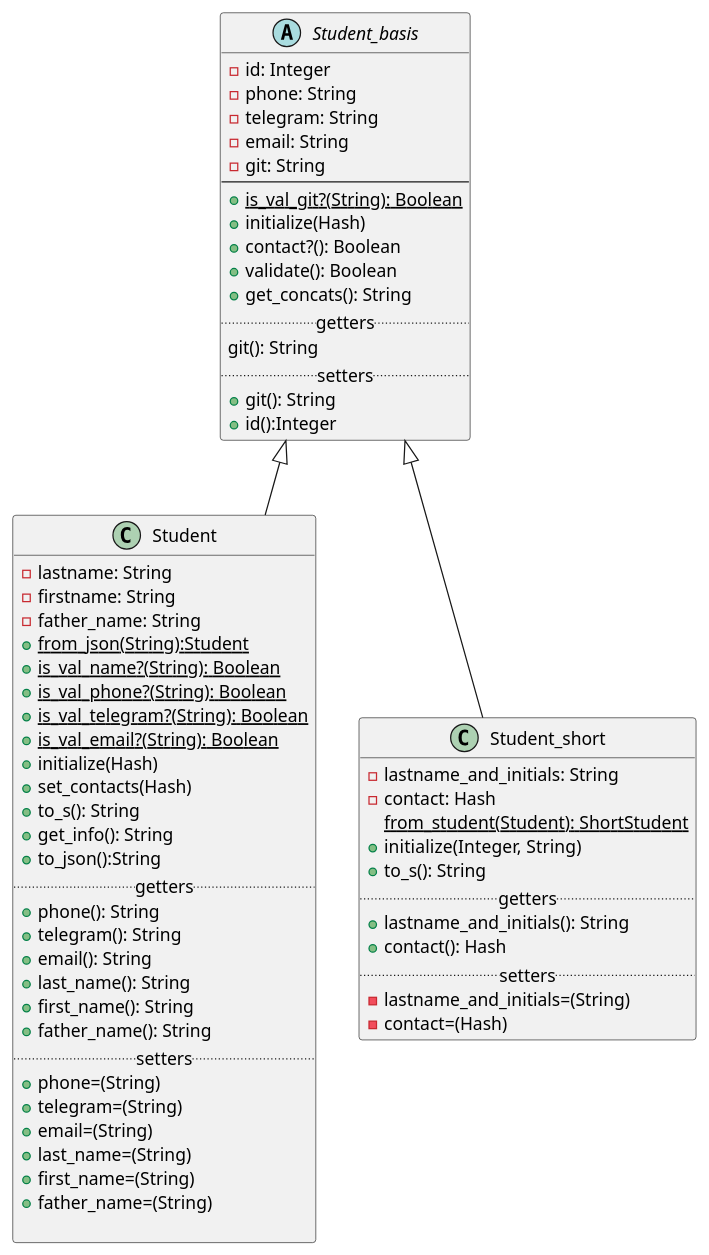
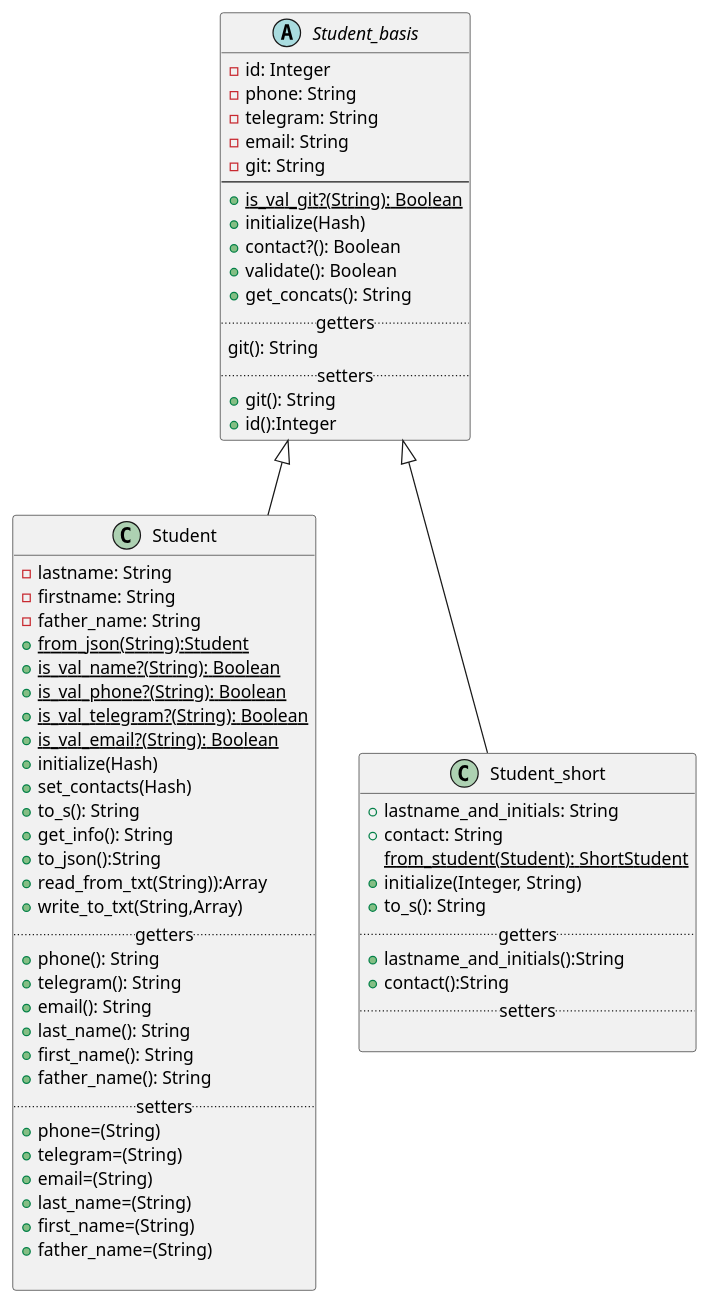
Before and after one commit to ColdEiler/pattern: the diagram in lab2/student_diagrams.puml, drawn with PlantUML. The commit also changed 1 other file, not shown here.

Commit message:
Изменил Диаграмму

```diff
--- a/lab2/student_diagrams.puml
+++ b/lab2/student_diagrams.puml
@@ -1,67 +1,68 @@
 @startuml
 'https://plantuml.com/class-diagram'
 
 abstract class Student_basis{
      -id: Integer
      -phone: String
      -telegram: String
      -email: String
      -git: String
 --
      +{static}is_val_git?(String): Boolean
      +initialize(Hash)
      +contact?(): Boolean
      +validate(): Boolean
      +get_concats(): String
      .. getters..
      git(): String
      .. setters ..
      +git(): String
      +id():Integer
 }
 
 class Student extends Student_basis{
      -lastname: String
      -firstname: String
      -father_name: String
      +{static}from_json(String):Student
      +{static}is_val_name?(String): Boolean
      +{static}is_val_phone?(String): Boolean
      +{static}is_val_telegram?(String): Boolean
      +{static}is_val_email?(String): Boolean
      +initialize(Hash)
      +set_contacts(Hash)
      +to_s(): String
      +get_info(): String
      +to_json():String
+     +read_from_txt(String)):Array
+     +write_to_txt(String,Array)
      .. getters ..
      +phone(): String
      +telegram(): String
      +email(): String
      +last_name(): String
      +first_name(): String
      +father_name(): String
      .. setters ..
      +phone=(String)
      +telegram=(String)
      +email=(String)
      +last_name=(String)
      +first_name=(String)
      +father_name=(String)
 
 }
 
 class Student_short extends Student_basis{
-     -lastname_and_initials: String
-     -contact: Hash
+     +lastname_and_initials: String
+     +contact: String
      {static}from_student(Student): ShortStudent
      +initialize(Integer, String)
      +to_s(): String
      .. getters ..
-     +lastname_and_initials(): String
-     +contact(): Hash
+     +lastname_and_initials():String
+     +contact():String
      .. setters ..
-     -lastname_and_initials=(String)
-     -contact=(Hash)
+
 }
 @enduml
```
